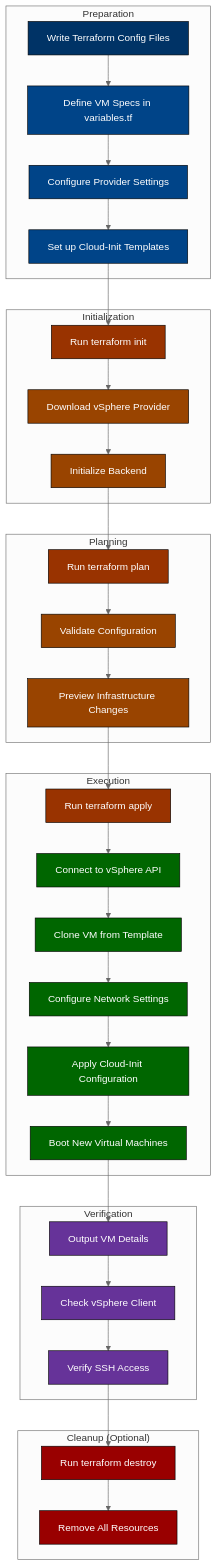
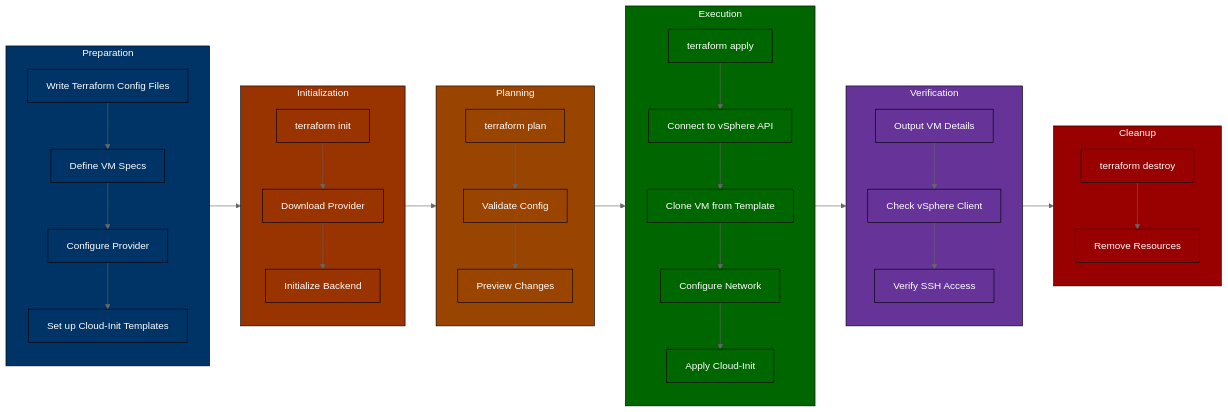
Before and after one commit to VasanthKumarTR/proxmox-templates: the diagram in vSphere/Terraform/blog_terraform_vsphere.md, drawn with Mermaid (neutral theme).

Commit message:
update workflow diagram

````diff
--- a/vSphere/Terraform/blog_terraform_vsphere.md
+++ b/vSphere/Terraform/blog_terraform_vsphere.md
@@ -44,63 +44,67 @@
 ```mermaid
-flowchart TD
-    subgraph "Preparation"
-        A[Write Terraform Config Files] --> B[Define VM Specs in variables.tf]
-        B --> C[Configure Provider Settings]
+flowchart LR
+    subgraph Prep[Preparation]
+        direction TB
+        A[Write Terraform Config Files] --> B[Define VM Specs]
+        B --> C[Configure Provider]
         C --> D[Set up Cloud-Init Templates]
     end
 
-    subgraph "Initialization"
-        E[Run terraform init] --> F[Download vSphere Provider]
+    subgraph Init[Initialization]
+        direction TB
+        E[terraform init] --> F[Download Provider]
         F --> G[Initialize Backend]
     end
 
-    subgraph "Planning"
-        H[Run terraform plan] --> I[Validate Configuration]
-        I --> J[Preview Infrastructure Changes]
+    subgraph Plan[Planning]
+        direction TB
+        H[terraform plan] --> I[Validate Config]
+        I --> J[Preview Changes]
     end
 
-    subgraph "Execution"
-        K[Run terraform apply] --> L[Connect to vSphere API]
+    subgraph Exec[Execution]
+        direction TB
+        K[terraform apply] --> L[Connect to vSphere API]
         L --> M[Clone VM from Template]
-        M --> N[Configure Network Settings]
-        N --> O[Apply Cloud-Init Configuration]
-        O --> P[Boot New Virtual Machines]
+        M --> N[Configure Network]
+        N --> O[Apply Cloud-Init]
     end
 
-    subgraph "Verification"
+    subgraph Verify[Verification]
+        direction TB
         Q[Output VM Details] --> R[Check vSphere Client]
         R --> S[Verify SSH Access]
     end
 
-    subgraph "Cleanup (Optional)"
-        T[Run terraform destroy] --> U[Remove All Resources]
+    subgraph Clean[Cleanup]
+        direction TB
+        T[terraform destroy] --> U[Remove Resources]
     end
 
-    D --> E
-    G --> H
-    J --> K
-    P --> Q
-    S --> T
+    Prep --> Init
+    Init --> Plan
+    Plan --> Exec
+    Exec --> Verify
+    Verify --> Clean
 
-    style A fill:#003366,stroke:#000000,color:#ffffff
-    style B fill:#004488,stroke:#000000,color:#ffffff
-    style C fill:#004488,stroke:#000000,color:#ffffff
-    style D fill:#004488,stroke:#000000,color:#ffffff
-    style E fill:#993300,stroke:#000000,color:#ffffff
-    style F fill:#994400,stroke:#000000,color:#ffffff
-    style G fill:#994400,stroke:#000000,color:#ffffff
-    style H fill:#993300,stroke:#000000,color:#ffffff
-    style I fill:#994400,stroke:#000000,color:#ffffff
-    style J fill:#994400,stroke:#000000,color:#ffffff
-    style K fill:#993300,stroke:#000000,color:#ffffff
-    style L fill:#006600,stroke:#000000,color:#ffffff
-    style M fill:#006600,stroke:#000000,color:#ffffff
-    style N fill:#006600,stroke:#000000,color:#ffffff
-    style O fill:#006600,stroke:#000000,color:#ffffff
-    style P fill:#006600,stroke:#000000,color:#ffffff
-    style Q fill:#663399,stroke:#000000,color:#ffffff
-    style R fill:#663399,stroke:#000000,color:#ffffff
-    style S fill:#663399,stroke:#000000,color:#ffffff
-    style T fill:#990000,stroke:#000000,color:#ffffff
-    style U fill:#990000,stroke:#000000,color:#ffffff
+    classDef prep fill:#003366,stroke:#000000,color:#ffffff
+    classDef init fill:#993300,stroke:#000000,color:#ffffff
+    classDef plan fill:#994400,stroke:#000000,color:#ffffff
+    classDef exec fill:#006600,stroke:#000000,color:#ffffff
+    classDef verify fill:#663399,stroke:#000000,color:#ffffff
+    classDef clean fill:#990000,stroke:#000000,color:#ffffff
+    
+    class A,B,C,D prep
+    class E,F,G init
+    class H,I,J plan
+    class K,L,M,N,O exec
+    class Q,R,S verify
+    class T,U clean
+    
+    class Prep prep
+    class Init init
+    class Plan plan
+    class Exec exec
+    class Verify verify
+    class Clean clean
 ```
````
